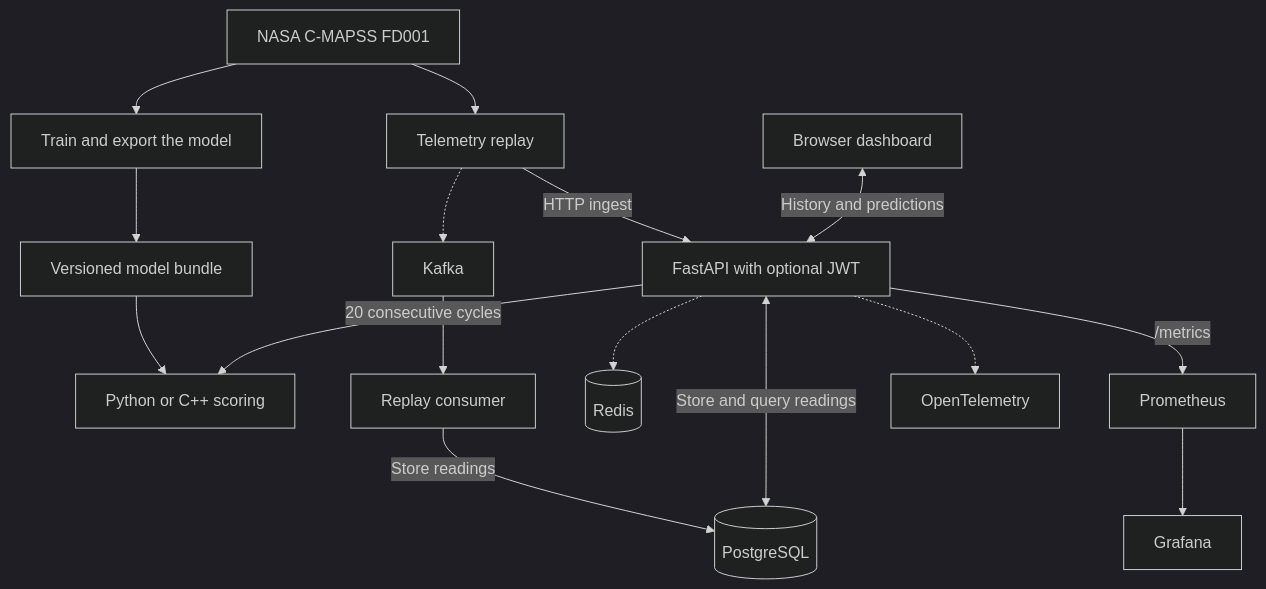
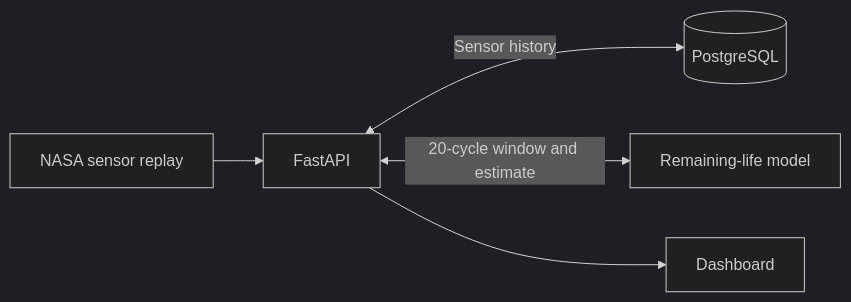
The diagram in README.md (atharvj/FaultWatch), drawn with Mermaid (dark theme) before and after one commit. The commit also changed other lines of this file and 2 other files, not shown here.

````diff
--- a/README.md
+++ b/README.md
@@ -17,18 +25,7 @@
 ```mermaid
-flowchart TD
-    Data["NASA C-MAPSS FD001"] --> Replay["Telemetry replay"]
-    Data --> Train["Train and export the model"]
-    Train --> Bundle["Versioned model bundle"]
-    Bundle --> Inference["Python or C++ scoring"]
-    Replay -->|HTTP ingest| API["FastAPI with optional JWT"]
-    Replay -.-> Kafka["Kafka"]
-    Kafka --> Consumer["Replay consumer"]
-    Consumer -->|Store readings| DB[("PostgreSQL")]
-    API <-->|Store and query readings| DB
-    Dashboard["Browser dashboard"] <-->|History and predictions| API
-    API -->|20 consecutive cycles| Inference
-    API -.-> Cache[("Redis")]
-    API -->|"/metrics"| Prometheus
-    Prometheus --> Grafana
-    API -.-> OTLP["OpenTelemetry"]
+flowchart LR
+    Replay["NASA sensor replay"] --> API["FastAPI"]
+    API <-->|"Sensor history"| DB[("PostgreSQL")]
+    API <-->|"20-cycle window and estimate"| Model["Remaining-life model"]
+    API --> Dashboard["Dashboard"]
 ```
````
